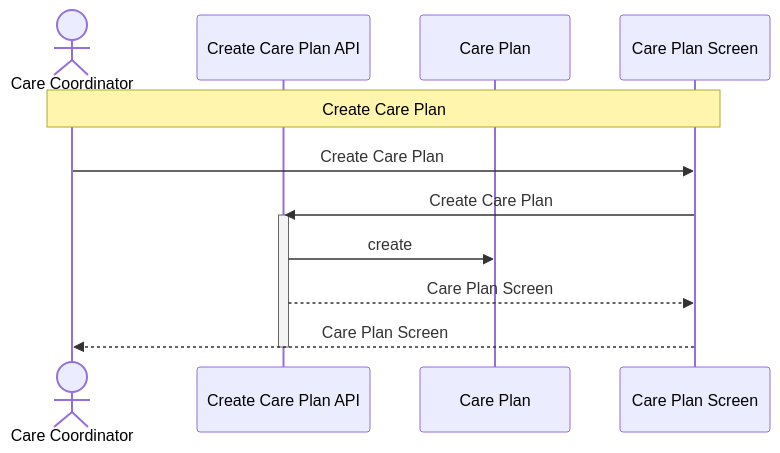
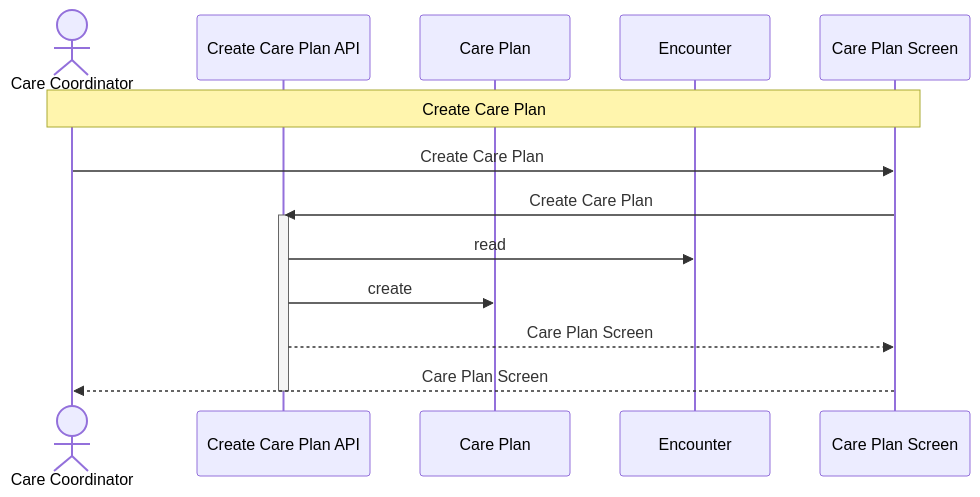
One commit to manji-0/rdra-ish-dsl changed the diagram in samples/clinic-ops/out/uc/sequence_create_care_plan.mmd. Above: the diagram before and after it, drawn with Mermaid. The commit also changed other lines of this file and 125 other files, not shown here.

Commit message:
docs(samples): embed review diagrams

```diff
--- a/samples/clinic-ops/out/uc/sequence_create_care_plan.mmd
+++ b/samples/clinic-ops/out/uc/sequence_create_care_plan.mmd
@@ -1,14 +1,16 @@
 sequenceDiagram
   actor CareCoordinator as Care Coordinator
   participant CreateCarePlanApi as Create Care Plan API
   participant CarePlan as Care Plan
+  participant Encounter as Encounter
   participant CarePlanScreen as Care Plan Screen
 
   Note over CareCoordinator,CarePlanScreen: Create Care Plan
   CareCoordinator->>CarePlanScreen: Create Care Plan
   CarePlanScreen->>CreateCarePlanApi: Create Care Plan
   activate CreateCarePlanApi
+  CreateCarePlanApi->>Encounter: read
   CreateCarePlanApi->>CarePlan: create
   CreateCarePlanApi-->>CarePlanScreen: Care Plan Screen
   CarePlanScreen-->>CareCoordinator: Care Plan Screen
   deactivate CreateCarePlanApi
```
